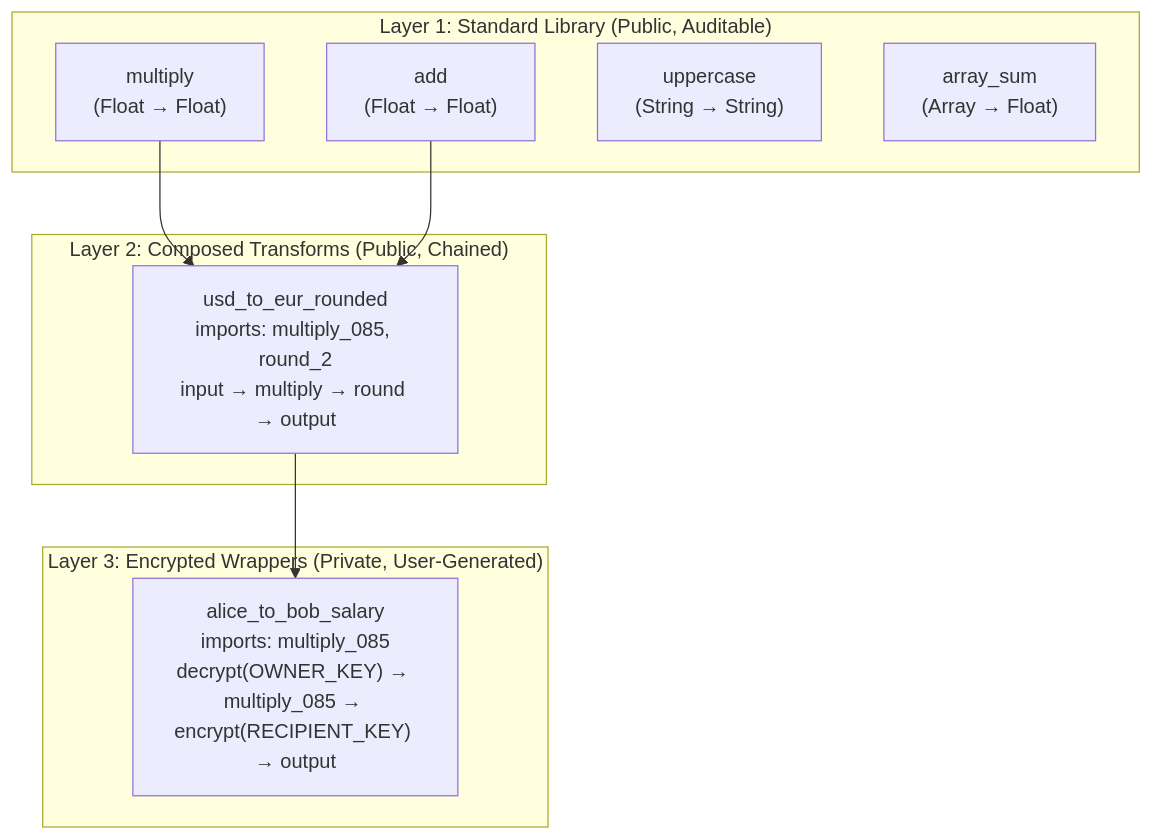
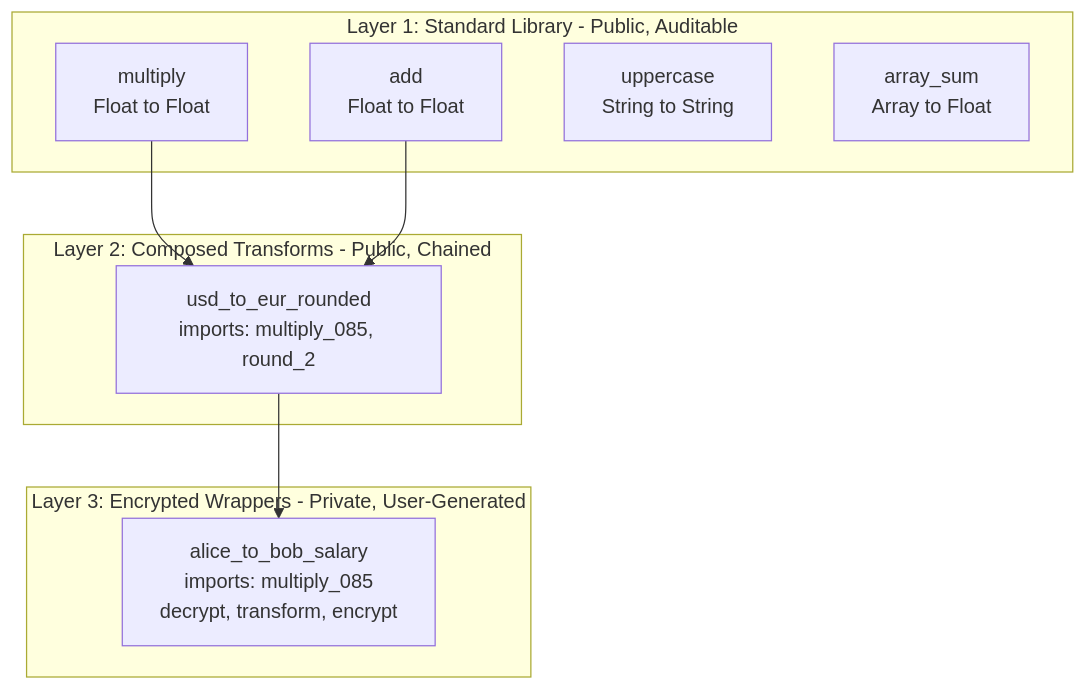
Before and after one commit to EdgeVector/edgevector-website: the second of 5 diagrams in public/docs/corporate/patent_compute_without_exposure.md, drawn with Mermaid. The commit also changed other lines of this file and 5 other files, not shown here.

First line of the commit message:
fix: render mermaid diagrams in patent PDFs and clean mermaid syntax

````diff
--- a/public/docs/corporate/patent_compute_without_exposure.md
+++ b/public/docs/corporate/patent_compute_without_exposure.md
@@ -126,21 +126,21 @@
 ```mermaid
 graph TD
-    subgraph L1["Layer 1: Standard Library (Public, Auditable)"]
-        multiply["multiply<br/>(Float → Float)"]
-        add["add<br/>(Float → Float)"]
-        uppercase["uppercase<br/>(String → String)"]
-        array_sum["array_sum<br/>(Array → Float)"]
+    subgraph L1["Layer 1: Standard Library - Public, Auditable"]
+        multiply["multiply<br/>Float to Float"]
+        add["add<br/>Float to Float"]
+        uppercase["uppercase<br/>String to String"]
+        array_sum["array_sum<br/>Array to Float"]
     end
 
-    subgraph L2["Layer 2: Composed Transforms (Public, Chained)"]
-        composed["usd_to_eur_rounded<br/>imports: multiply_085, round_2<br/>input → multiply → round → output"]
+    subgraph L2["Layer 2: Composed Transforms - Public, Chained"]
+        composed["usd_to_eur_rounded<br/>imports: multiply_085, round_2"]
     end
 
-    subgraph L3["Layer 3: Encrypted Wrappers (Private, User-Generated)"]
-        wrapper["alice_to_bob_salary<br/>imports: multiply_085<br/>decrypt(OWNER_KEY) → multiply_085 → encrypt(RECIPIENT_KEY) → output"]
+    subgraph L3["Layer 3: Encrypted Wrappers - Private, User-Generated"]
+        wrapper["alice_to_bob_salary<br/>imports: multiply_085<br/>decrypt, transform, encrypt"]
     end
 
     multiply --> composed
     add --> composed
     composed --> wrapper
 ```
````
